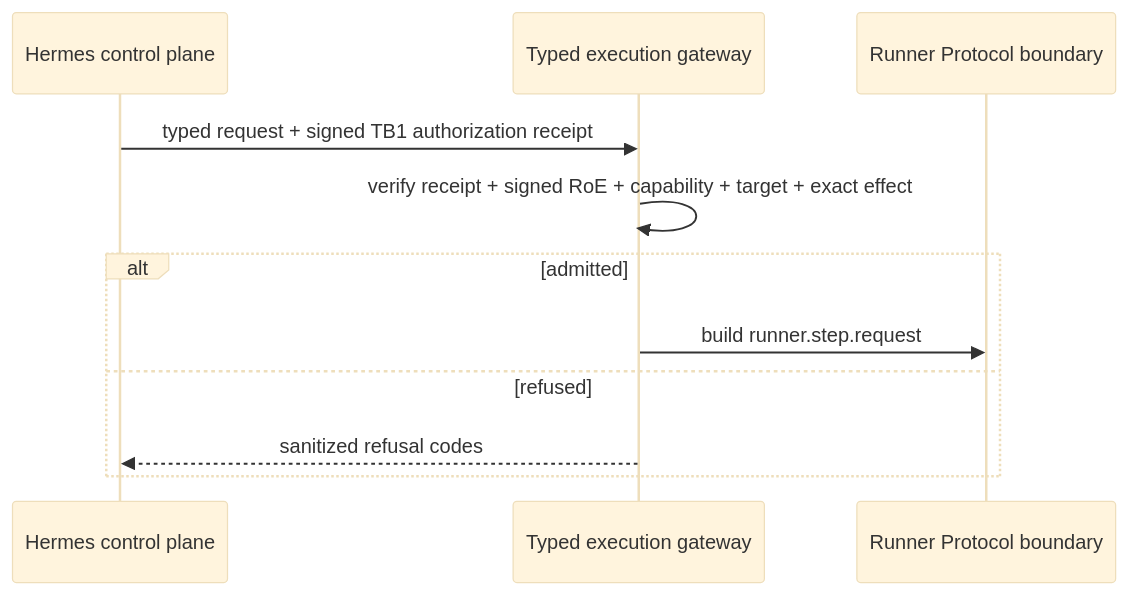
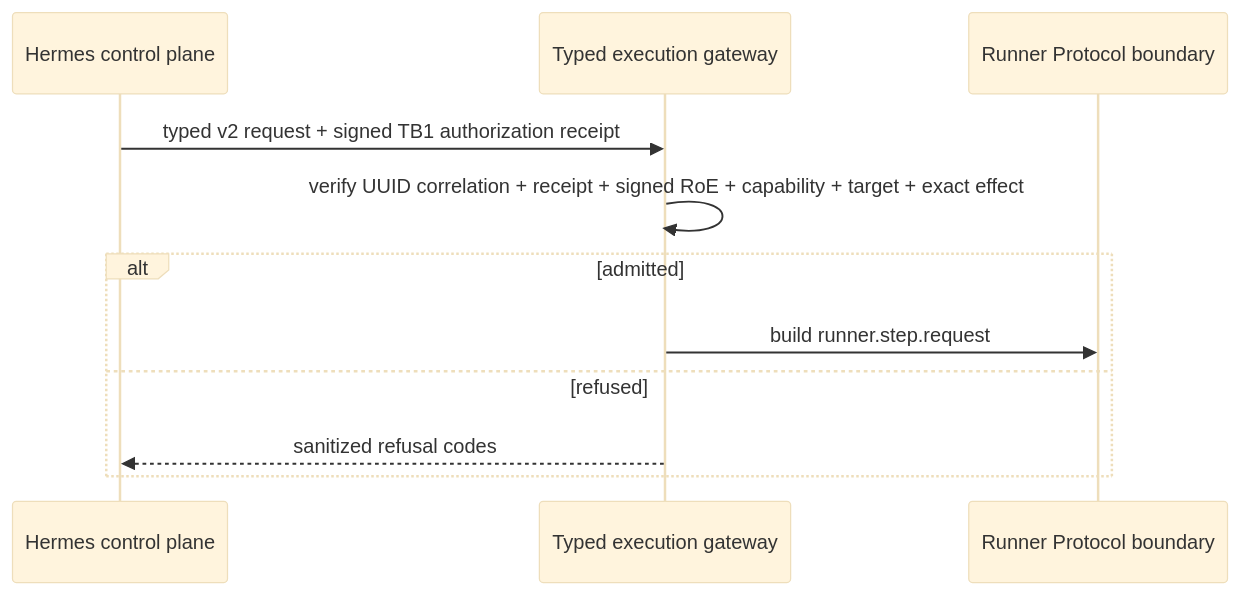
The diagram in docs/roadmap/epics/EPIC-03-typed-kali-mcp.md (pestoura/hermes-security-labs), drawn with Mermaid (base theme) before and after one commit. The commit also changed other lines of this file, not shown here.

Commit message:
docs(epic-03): record canonical UUID correlation v2

````diff
--- a/docs/roadmap/epics/EPIC-03-typed-kali-mcp.md
+++ b/docs/roadmap/epics/EPIC-03-typed-kali-mcp.md
@@ -60,13 +67,13 @@
 ```mermaid
 sequenceDiagram
   participant H as Hermes control plane
   participant G as Typed execution gateway
   participant R as Runner Protocol boundary
-  H->>G: typed request + signed TB1 authorization receipt
-  G->>G: verify receipt + signed RoE + capability + target + exact effect
+  H->>G: typed v2 request + signed TB1 authorization receipt
+  G->>G: verify UUID correlation + receipt + signed RoE + capability + target + exact effect
   alt admitted
     G->>R: build runner.step.request
   else refused
     G-->>H: sanitized refusal codes
   end
 ```
````
